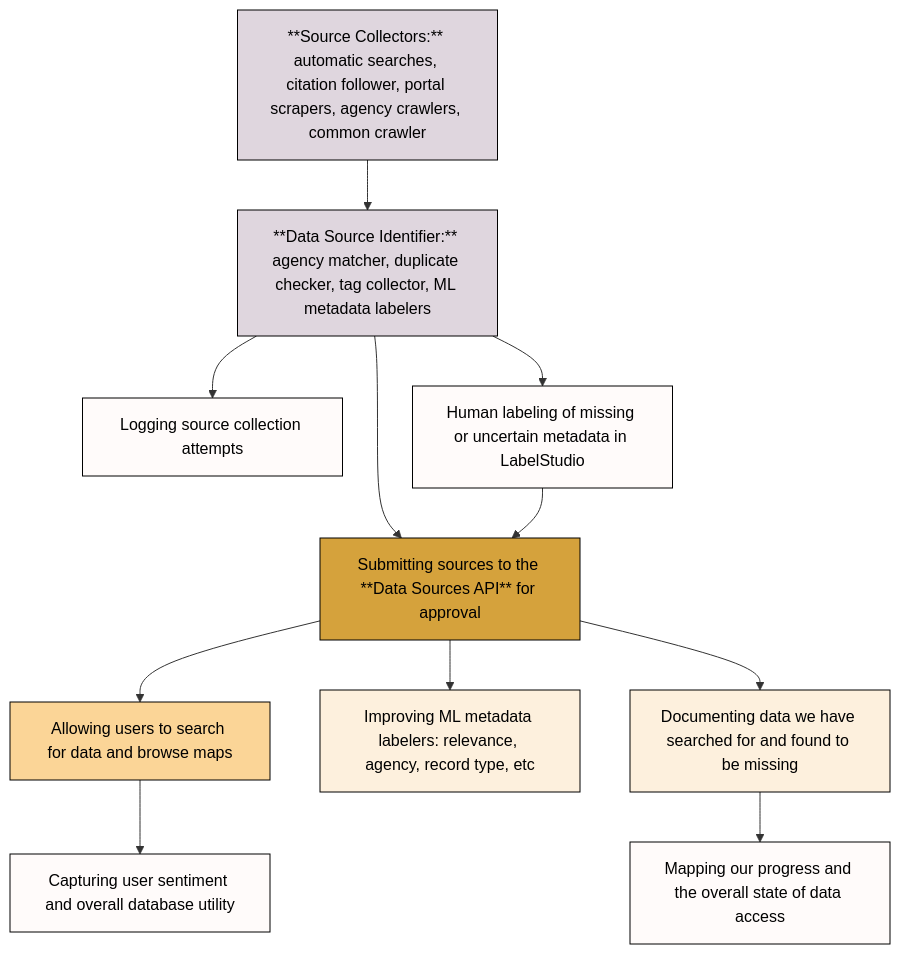
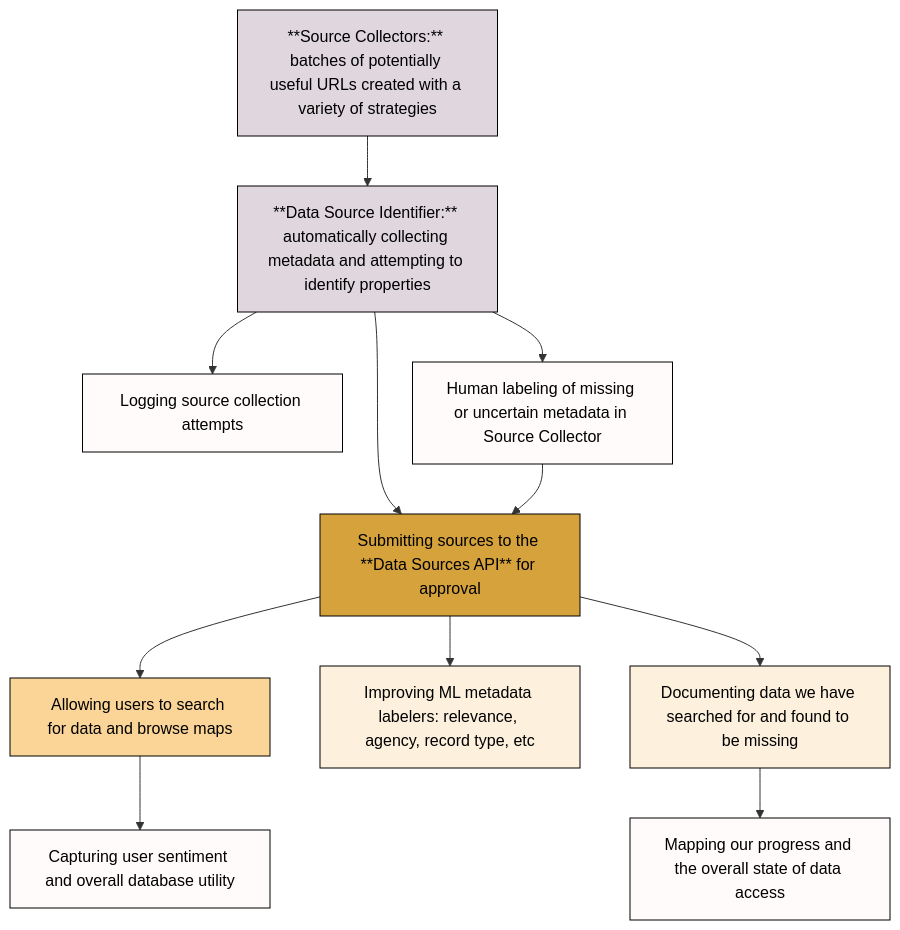
One commit to Police-Data-Accessibility-Project/data-source-identification changed the first of 2 diagrams in README.md. Above: the diagram before and after it, drawn with Mermaid. The commit also changed other lines of this file, not shown here.

````diff
--- a/README.md
+++ b/README.md
@@ -70,37 +70,37 @@
 ```mermaid
 flowchart TD
-    SourceCollectors["**Source Collectors:** automatic searches, citation follower, portal scrapers, agency crawlers, common crawler"]
+    SourceCollectors["**Source Collectors:** batches of potentially useful URLs created with a variety of strategies"]
     Logging["Logging source collection attempts"]
     API["Submitting sources to the **Data Sources API** for approval"]
-    Identifier["**Data Source Identifier:** agency matcher, duplicate checker, tag collector, ML metadata labelers"]
-    LabelStudio["Human labeling of missing or uncertain metadata in LabelStudio"]
+    Identifier["**Data Source Identifier:** automatically collecting metadata and attempting to identify properties"]
+    SourceCollectorLabeling["Human labeling of missing or uncertain metadata in Source Collector"]
 
-    Identifier --> LabelStudio
+    Identifier --> SourceCollectorLabeling
     Identifier ---> API
-    LabelStudio --> API
+    SourceCollectorLabeling --> API
     Identifier --> Logging
 
     SourceCollectors --> Identifier
 
     API --> Search["Allowing users to search for data and browse maps"]
     Search --> Sentiment["Capturing user sentiment and overall database utility"]
     API --> MLModels["Improving ML metadata labelers: relevance, agency, record type, etc"]
     API --> Missingness["Documenting data we have searched for and found to be missing"]
     Missingness --> Maps["Mapping our progress and the overall state of data access"]
 
     %% Default class for black stroke
     classDef default fill:#fffbfa,stroke:#000,stroke-width:1px,color:#000;
 
     %% Custom styles
     class API gold;
     class Search lightgold;
     class MLModels,Missingness lightergold;
     class SourceCollectors,Identifier byzantium
 
     %% Define specific classes
     classDef gray fill:#bfc0c0
     classDef gold fill:#d5a23c
     classDef lightgold fill:#fbd597
     classDef lightergold fill:#fdf0dd
     classDef byzantium fill:#dfd6de
 ```
````
